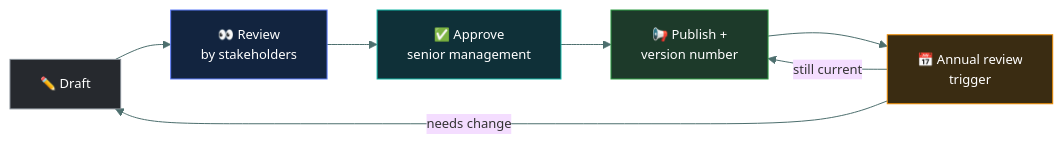
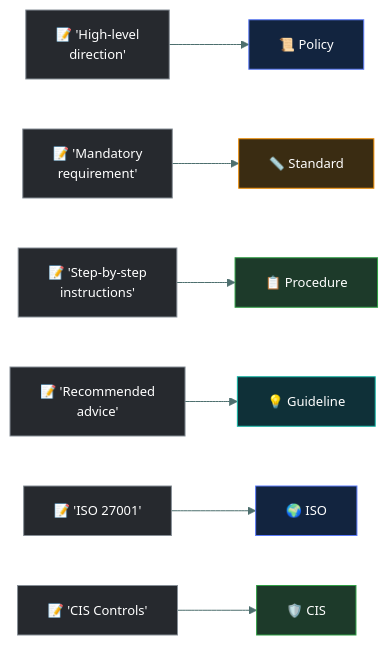
One commit to tarunTejaDesireddy/cc-exam-prep changed the third of 3 diagrams in 01-security-principles/governance-documents/README.md. Above: the diagram before and after it, drawn with Mermaid. The commit also changed other lines of this file and 1 other file, not shown here.

````diff
--- a/01-security-principles/governance-documents/README.md
+++ b/01-security-principles/governance-documents/README.md
@@ -219,16 +303,23 @@
 ```mermaid
-%%{init: {'theme':'base','themeVariables':{'fontSize':'13px','lineColor':'#4d6f6e','textColor':'#dbe7e6'}}}%%
+%%{init: {'theme':'base','themeVariables':{'fontFamily':'Segoe UI, Helvetica Neue, Arial, sans-serif','fontSize':'13px','lineColor':'#4d6f6e','textColor':'#dbe7e6'}}}%%
 flowchart LR
-    DR["✏️ Draft"] --> RV["👀 Review<br/>by stakeholders"]
-    RV --> AP["✅ Approve<br/>senior management"]
-    AP --> PB["📢 Publish +<br/>version number"]
-    PB --> AN["📅 Annual review<br/>trigger"]
-    AN -->|"still current"| PB
-    AN -->|"needs change"| DR
+    K1["📝 'High-level<br/>direction'"] --> P["📜 Policy"]
+    K2["📝 'Mandatory<br/>requirement'"] --> S["📏 Standard"]
+    K3["📝 'Step-by-step<br/>instructions'"] --> PR["📋 Procedure"]
+    K4["📝 'Recommended<br/>advice'"] --> G["💡 Guideline"]
+    K5["📝 'ISO 27001'"] --> I["🌍 ISO"]
+    K6["📝 'CIS Controls'"] --> C["🛡️ CIS"]
 
-    style DR fill:#26292e,stroke:#868E96,color:#fff
-    style RV fill:#12243f,stroke:#5C7CFA,color:#fff
-    style AP fill:#0f3038,stroke:#12B5A5,color:#fff
-    style PB fill:#1d3a2a,stroke:#2F9E44,color:#fff
-    style AN fill:#3a2c12,stroke:#F08C00,color:#fff
+    style K1 fill:#26292e,stroke:#868E96,color:#fff
+    style K2 fill:#26292e,stroke:#868E96,color:#fff
+    style K3 fill:#26292e,stroke:#868E96,color:#fff
+    style K4 fill:#26292e,stroke:#868E96,color:#fff
+    style K5 fill:#26292e,stroke:#868E96,color:#fff
+    style K6 fill:#26292e,stroke:#868E96,color:#fff
+    style P fill:#12243f,stroke:#5C7CFA,color:#fff
+    style S fill:#3a2c12,stroke:#F08C00,color:#fff
+    style PR fill:#1d3a2a,stroke:#2F9E44,color:#fff
+    style G fill:#0f3038,stroke:#12B5A5,color:#fff
+    style I fill:#12243f,stroke:#5C7CFA,color:#fff
+    style C fill:#1d3a2a,stroke:#2F9E44,color:#fff
 ```
````
